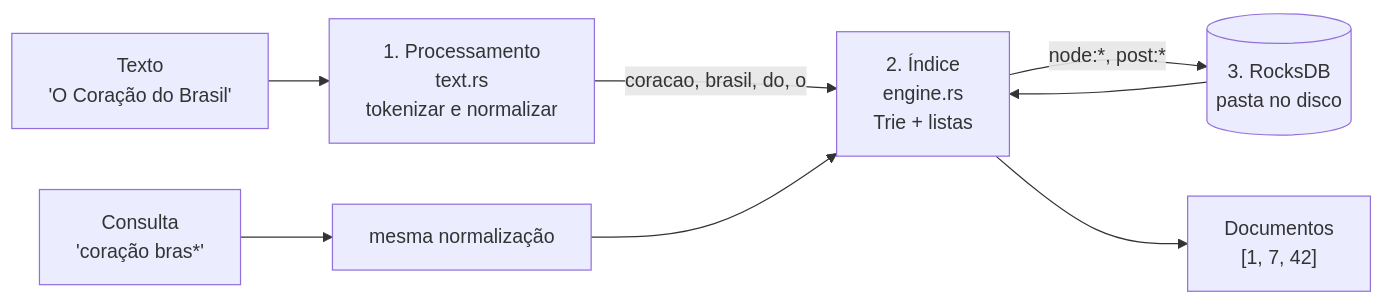
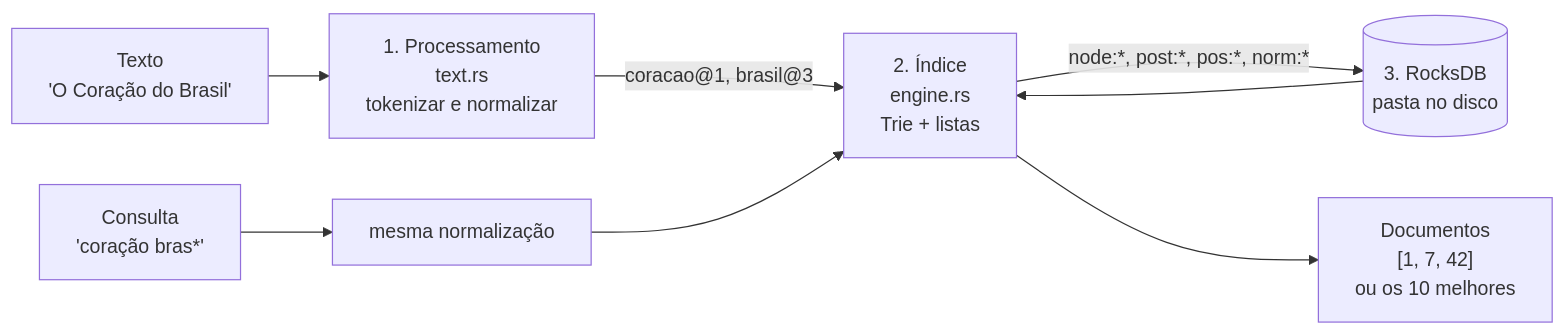
The first of 9 diagrams in docs/como-funciona.md (evertondays/fire-flower), drawn with Mermaid before and after one commit. The commit also changed other lines of this file and 22 other files, not shown here.

````diff
--- a/docs/como-funciona.md
+++ b/docs/como-funciona.md
@@ -36,10 +38,10 @@
 ```mermaid
 flowchart LR
     T["Texto<br/>'O Coração do Brasil'"] --> P["1. Processamento<br/>text.rs<br/>tokenizar e normalizar"]
-    P -->|"coracao, brasil, do, o"| I["2. Índice<br/>engine.rs<br/>Trie + listas"]
-    I -->|"node:*, post:*"| R[("3. RocksDB<br/>pasta no disco")]
+    P -->|"coracao@1, brasil@3"| I["2. Índice<br/>engine.rs<br/>Trie + listas"]
+    I -->|"node:*, post:*, pos:*, norm:*"| R[("3. RocksDB<br/>pasta no disco")]
     Q["Consulta<br/>'coração bras*'"] --> P2["mesma normalização"]
     P2 --> I
     R --> I
-    I --> D["Documentos<br/>[1, 7, 42]"]
+    I --> D["Documentos<br/>[1, 7, 42]<br/>ou os 10 melhores"]
 ```
````
